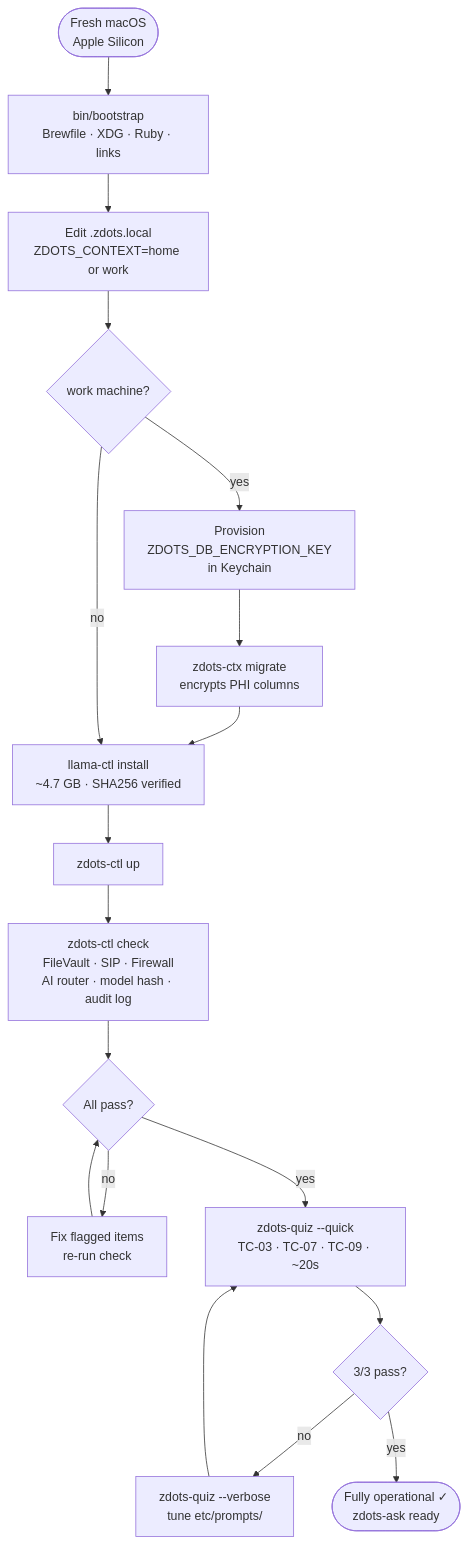
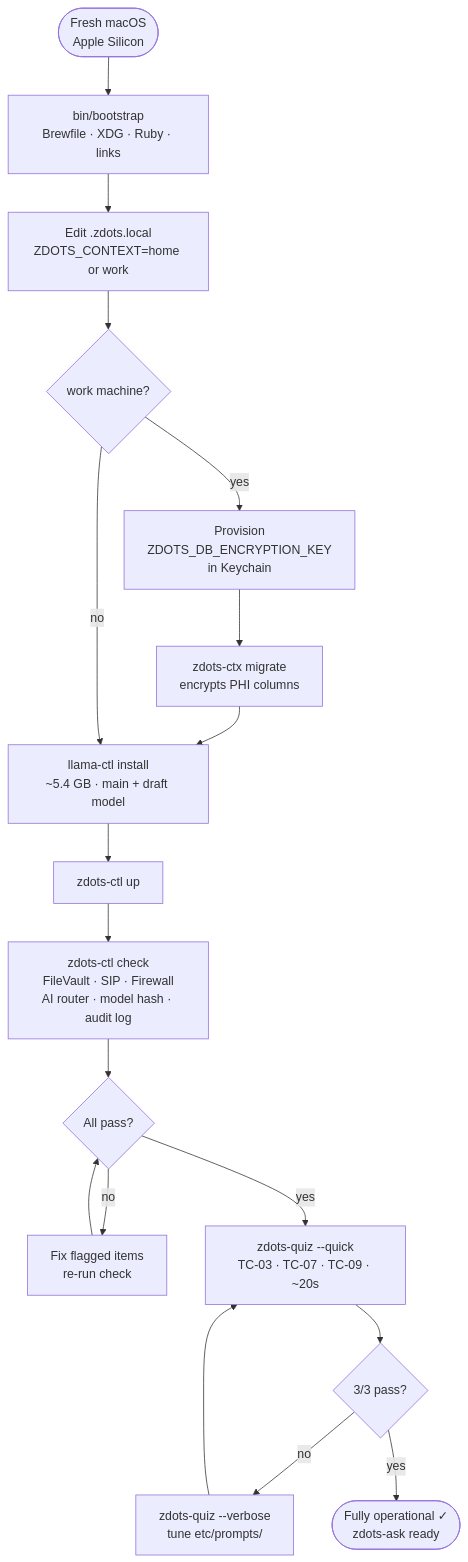
Before and after one commit to just3ws/zdots: the sixth of 7 diagrams in docs/local-ai.md, drawn with Mermaid. The commit also changed other lines of this file and 3 other files, not shown here.

````diff
--- a/docs/local-ai.md
+++ b/docs/local-ai.md
@@ -228,22 +228,22 @@
 ```mermaid
 flowchart TD
     A([Fresh macOS\nApple Silicon]) --> B[bin/bootstrap\nBrewfile · XDG · Ruby · links]
     B --> C[Edit .zdots.local\nZDOTS_CONTEXT=home or work]
 
     C --> D{work machine?}
     D -->|yes| E[Provision\nZDOTS_DB_ENCRYPTION_KEY\nin Keychain]
     E --> F[zdots-ctx migrate\nencrypts PHI columns]
     F --> G
-    D -->|no| G[llama-ctl install\n~4.7 GB · SHA256 verified]
+    D -->|no| G[llama-ctl install\n~5.4 GB · main + draft model]
 
     G --> H[zdots-ctl up]
     H --> I["zdots-ctl check\nFileVault · SIP · Firewall\nAI router · model hash · audit log"]
     I --> J{All pass?}
     J -->|no| K[Fix flagged items\nre-run check]
     K --> J
     J -->|yes| L["zdots-quiz --quick\nTC-03 · TC-07 · TC-09 · ~20s"]
     L --> M{3/3 pass?}
     M -->|no| N[zdots-quiz --verbose\ntune etc/prompts/]
     N --> L
     M -->|yes| O([Fully operational ✓\nzdots-ask ready])
 ```
````
